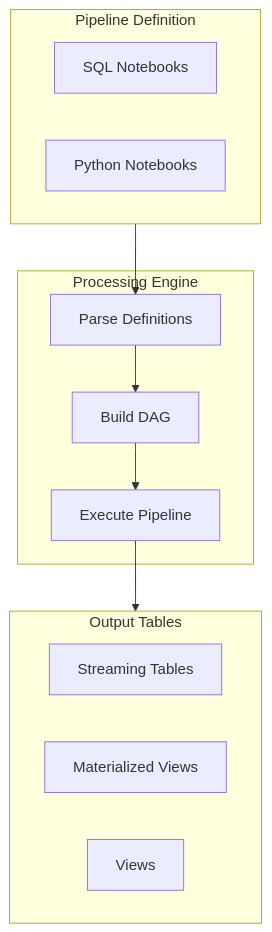
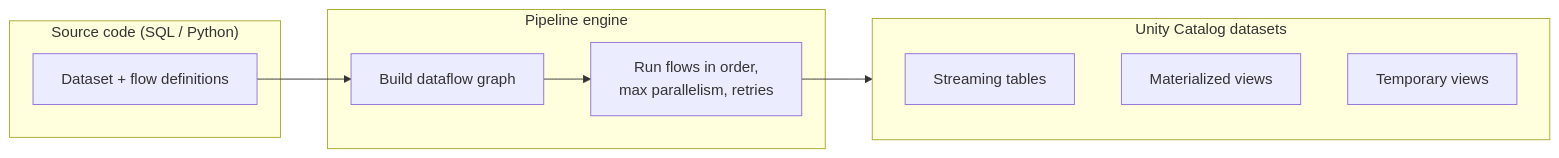
The first of 2 diagrams in certifications/data-engineer-professional/01-developing-code-for-data-processing/06-declarative-pipelines.md (kengio/databricks-certification-study-guide), drawn with Mermaid before and after one commit. The commit also changed other lines of this file and 209 other files, not shown here.

````diff
--- a/certifications/data-engineer-professional/01-developing-code-for-data-processing/06-declarative-pipelines.md
+++ b/certifications/data-engineer-professional/01-developing-code-for-data-processing/06-declarative-pipelines.md
@@ -16,24 +39,16 @@
 ```mermaid
-flowchart TB
-    subgraph Definition["Pipeline Definition"]
-        SQL[SQL Notebooks]
-        Python[Python Notebooks]
+flowchart LR
+    subgraph Source["Source code (SQL / Python)"]
+        Def[Dataset + flow definitions]
     end
-
-    subgraph Processing["Processing Engine"]
-        Parser[Parse Definitions]
-        DAG[Build DAG]
-        Execute[Execute Pipeline]
+    subgraph Engine["Pipeline engine"]
+        Graph[Build dataflow graph]
+        Run[Run flows in order,<br>max parallelism, retries]
     end
-
-    subgraph Output["Output Tables"]
-        Streaming[Streaming Tables]
-        MV[Materialized Views]
-        Views[Views]
+    subgraph Datasets["Unity Catalog datasets"]
+        ST[Streaming tables]
+        MV[Materialized views]
+        V[Temporary views]
     end
-
-    Definition --> Parser
-    Parser --> DAG
-    DAG --> Execute
-    Execute --> Output
+    Def --> Graph --> Run --> Datasets
 ```
````
